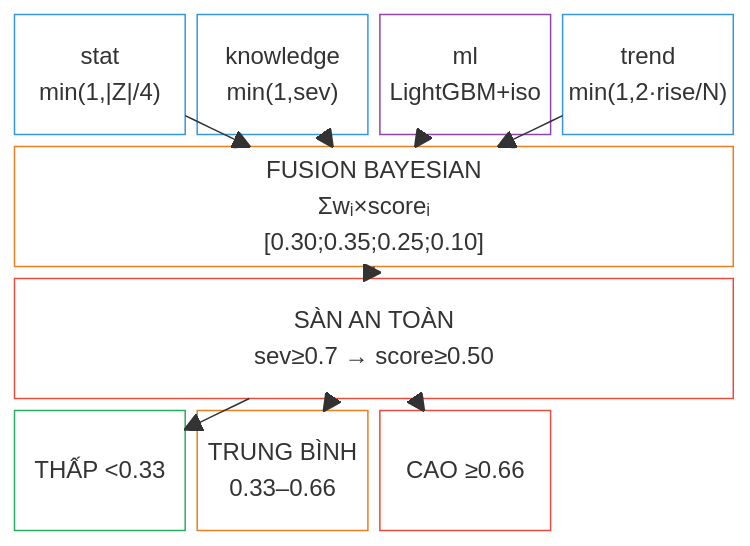
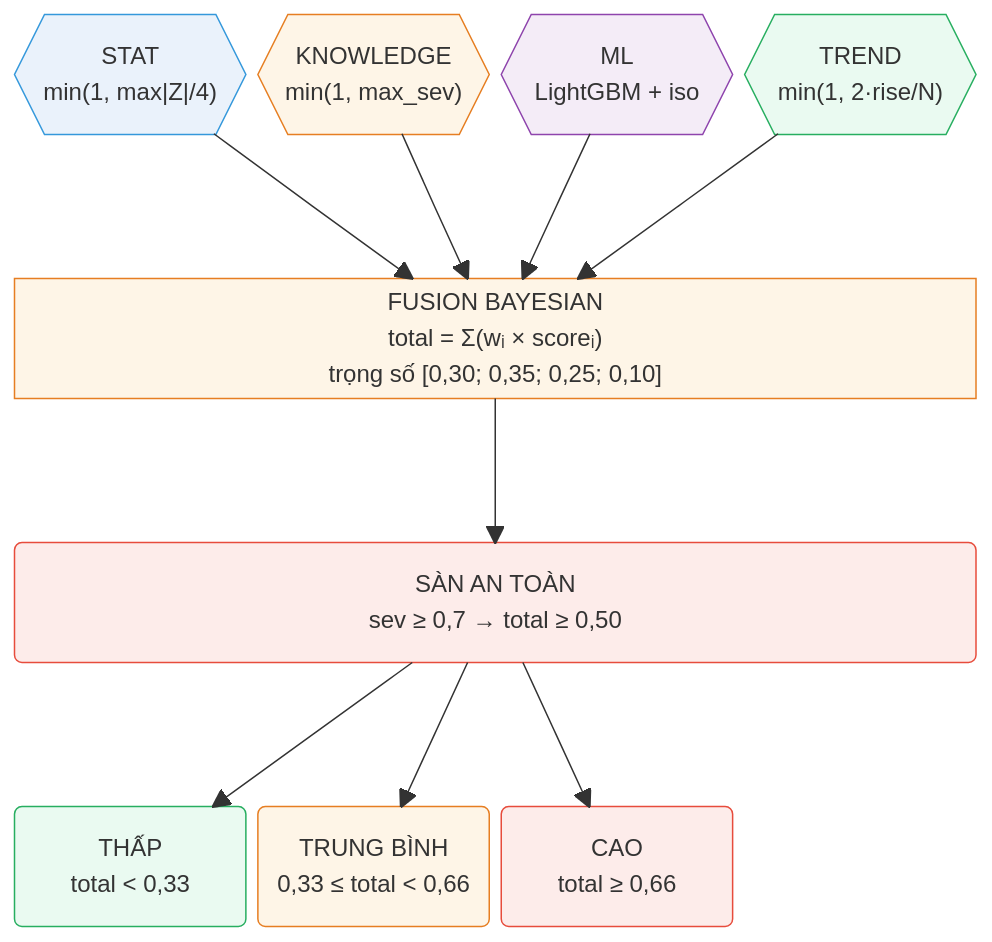
The diagram in docs/figures/fig10_tier3_fusion.mmd (dotlinux26/health-risk-early-warning), drawn with Mermaid before and after one commit. The commit also changed 8 other files, not shown here.

```diff
--- a/docs/figures/fig10_tier3_fusion.mmd
+++ b/docs/figures/fig10_tier3_fusion.mmd
@@ -1,29 +1,32 @@
 block-beta
   columns 4
-  C1["stat\nmin(1,|Z|/4)"]:1
-  C2["knowledge\nmin(1,sev)"]:1
-  C3["ml\nLightGBM+iso"]:1
-  C4["trend\nmin(1,2·rise/N)"]:1
-  FUS["FUSION BAYESIAN\nΣwᵢ×scoreᵢ\n[0.30;0.35;0.25;0.10]"]:4
-  SF["SÀN AN TOÀN\nsev≥0.7 → score≥0.50"]:4
-  T1["THẤP <0.33"]:1
-  T2["TRUNG BÌNH\n0.33–0.66"]:1
-  T3["CAO ≥0.66"]:1
+  C1{{"STAT\nmin(1, max|Z|/4)"}}:1
+  C2{{"KNOWLEDGE\nmin(1, max_sev)"}}:1
+  C3{{"ML\nLightGBM + iso"}}:1
+  C4{{"TREND\nmin(1, 2·rise/N)"}}:1
+  space:4
+  FUS["FUSION BAYESIAN\ntotal = Σ(wᵢ × scoreᵢ)\ntrọng số [0,30; 0,35; 0,25; 0,10]"]:4
+  space:4
+  SF("SÀN AN TOÀN\nsev ≥ 0,7 → total ≥ 0,50"):4
+  space:4
+  T1("THẤP\ntotal < 0,33"):1
+  T2("TRUNG BÌNH\n0,33 ≤ total < 0,66"):1
+  T3("CAO\ntotal ≥ 0,66"):1
   space:1
   C1 --> FUS
   C2 --> FUS
   C3 --> FUS
   C4 --> FUS
   FUS --> SF
   SF --> T1
   SF --> T2
   SF --> T3
-  style C1 fill:#fff,stroke:#3498db,color:#222
-  style C2 fill:#fff,stroke:#3498db,color:#222
-  style C3 fill:#fff,stroke:#8e44ad,color:#222
-  style C4 fill:#fff,stroke:#3498db,color:#222
-  style FUS fill:#fff,stroke:#e67e22,color:#222
-  style SF fill:#fff,stroke:#e74c3c,color:#222
-  style T1 fill:#fff,stroke:#27ae60,color:#222
-  style T2 fill:#fff,stroke:#e67e22,color:#222
-  style T3 fill:#fff,stroke:#e74c3c,color:#222
+  style C1 fill:#eaf2fb,stroke:#3498db,color:#222
+  style C2 fill:#fef5e7,stroke:#e67e22,color:#222
+  style C3 fill:#f4ecf7,stroke:#8e44ad,color:#222
+  style C4 fill:#eafaf1,stroke:#27ae60,color:#222
+  style FUS fill:#fef5e7,stroke:#e67e22,color:#222
+  style SF fill:#fdecea,stroke:#e74c3c,color:#222
+  style T1 fill:#eafaf1,stroke:#27ae60,color:#222
+  style T2 fill:#fef5e7,stroke:#e67e22,color:#222
+  style T3 fill:#fdecea,stroke:#e74c3c,color:#222
```
